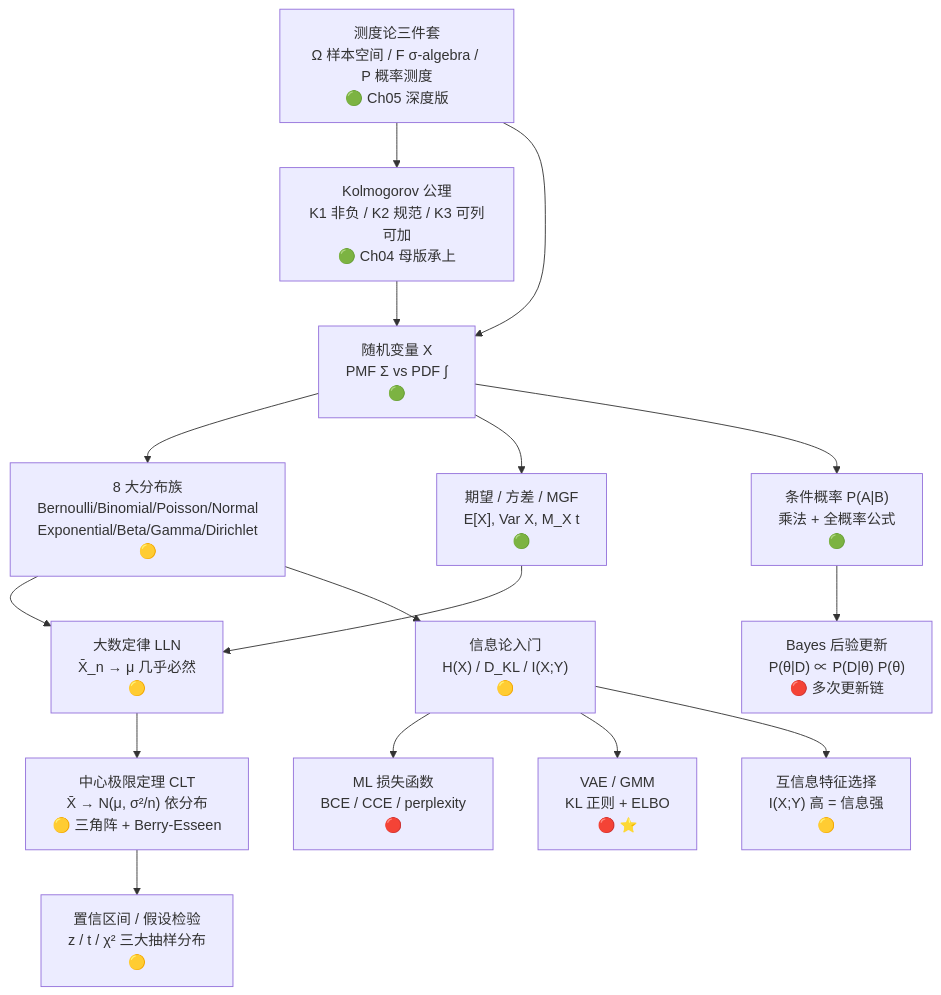
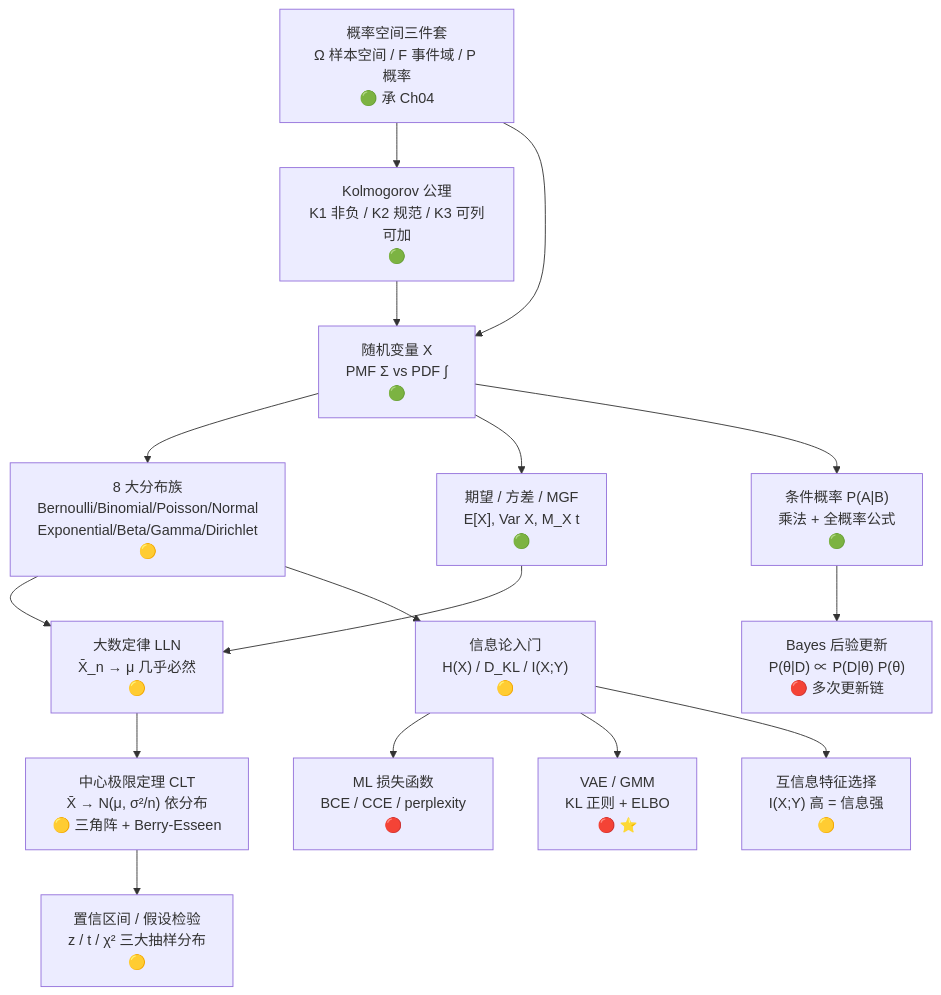
Before and after one commit to godlockin/maths-cs-ai-compendium: the diagram in zh/教辅/信息图/第05章.md, drawn with Mermaid. The commit also changed other lines of this file and 22 other files, not shown here.

First line of the commit message:
fix(zh): ch04/ch05 full jiaofu remediation + published-chapter P0 timeliness fixes

````diff
--- a/zh/教辅/信息图/第05章.md
+++ b/zh/教辅/信息图/第05章.md
@@ -12,51 +9,51 @@
 ```mermaid
 flowchart TB
-    A["测度论三件套
-Ω 样本空间 / F σ-algebra / P 概率测度
-🟢 Ch05 深度版"] --> B["Kolmogorov 公理
+    A["概率空间三件套
+Ω 样本空间 / F 事件域 / P 概率
+🟢 承 Ch04"] --> B["Kolmogorov 公理
 K1 非负 / K2 规范 / K3 可列可加
-🟢 Ch04 母版承上"]
+🟢"]
     A --> C["随机变量 X
 PMF Σ vs PDF ∫
 🟢"]
     B --> C
 
     C --> D["8 大分布族
 Bernoulli/Binomial/Poisson/Normal
 Exponential/Beta/Gamma/Dirichlet
 🟡"]
     C --> E["期望 / 方差 / MGF
 E[X], Var X, M_X t
 🟢"]
 
     D --> F["大数定律 LLN
 X̄_n → μ 几乎必然
 🟡"]
     E --> F
     F --> G["中心极限定理 CLT
 X̄ → N(μ, σ²/n) 依分布
 🟡 三角阵 + Berry-Esseen"]
     G --> H["置信区间 / 假设检验
 z / t / χ² 三大抽样分布
 🟡"]
 
     C --> I["条件概率 P(A|B)
 乘法 + 全概率公式
 🟢"]
     I --> J["Bayes 后验更新
 P(θ|D) ∝ P(D|θ) P(θ)
 🔴 多次更新链"]
 
     D --> K["信息论入门
 H(X) / D_KL / I(X;Y)
 🟡"]
     K --> L["ML 损失函数
 BCE / CCE / perplexity
 🔴"]
     K --> M["VAE / GMM
 KL 正则 + ELBO
 🔴 ⭐"]
     K --> N["互信息特征选择
 I(X;Y) 高 = 信息强
 🟡"]
 ```
````
